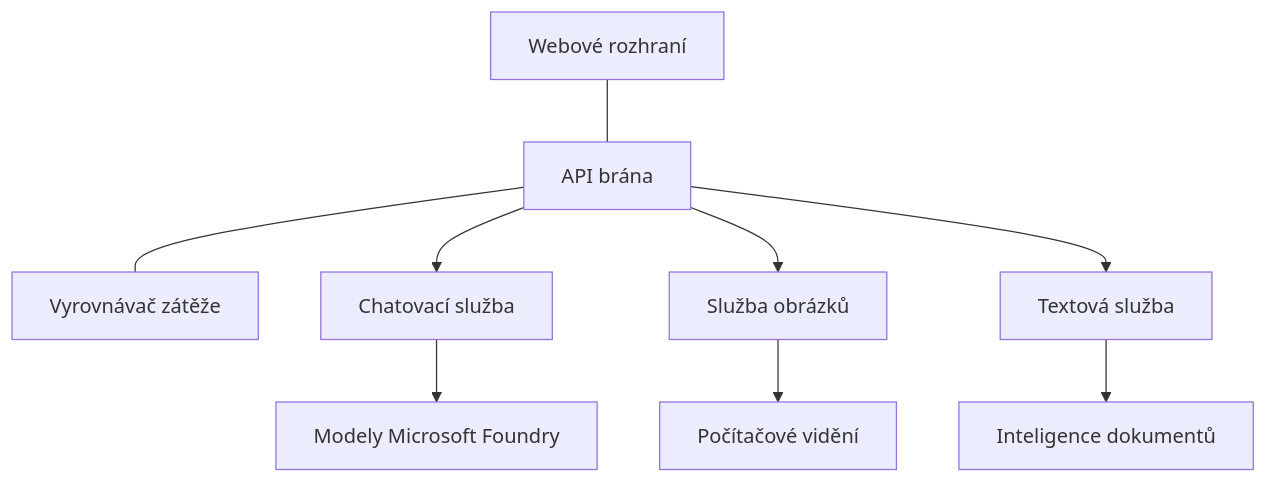
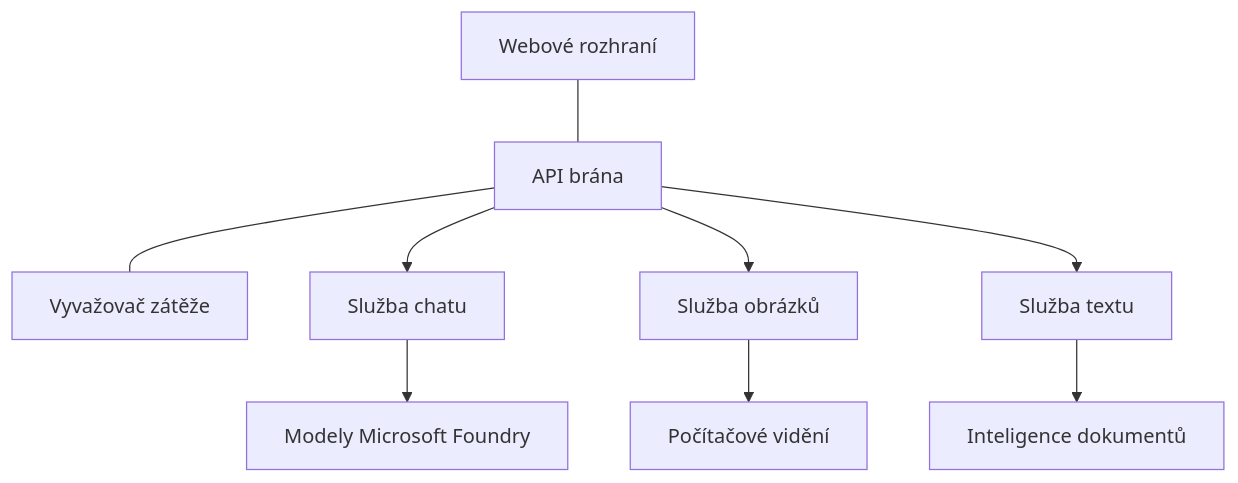
One commit to microsoft/AZD-for-beginners changed the diagram in translations/cs/docs/chapter-08-production/production-ai-practices.md. Above: the diagram before and after it, drawn with Mermaid. The commit also changed other lines of this file and 101 other files, not shown here.

````diff
--- a/translations/cs/docs/chapter-08-production/production-ai-practices.md
+++ b/translations/cs/docs/chapter-08-production/production-ai-practices.md
@@ -30,10 +30,10 @@
 ```mermaid
 graph TD
-    Frontend[Webové rozhraní] --- Gateway[API brána] --- LB[Vyrovnávač zátěže]
-    Gateway --> Chat[Chatovací služba]
+    Frontend[Webové rozhraní] --- Gateway[API brána] --- LB[Vyvažovač zátěže]
+    Gateway --> Chat[Služba chatu]
     Gateway --> Image[Služba obrázků]
-    Gateway --> Text[Textová služba]
+    Gateway --> Text[Služba textu]
     Chat --> OpenAI[Modely Microsoft Foundry]
     Image --> Vision[Počítačové vidění]
     Text --> DocIntel[Inteligence dokumentů]
 ```
````
